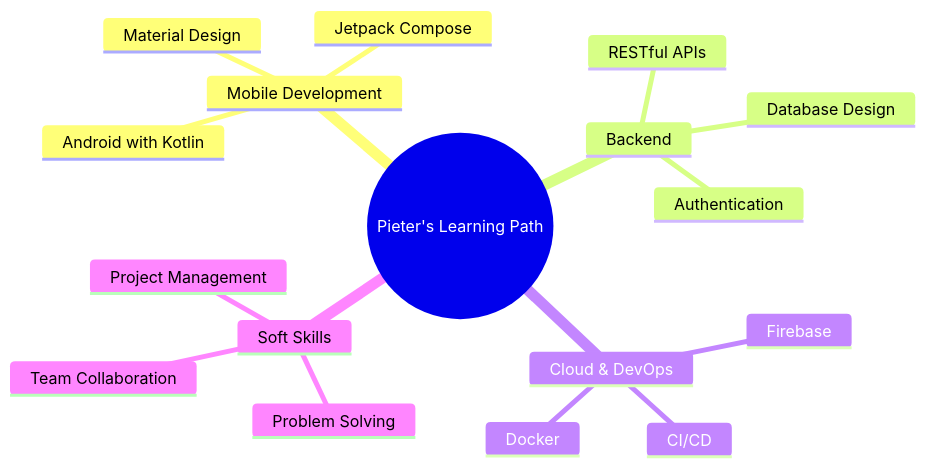
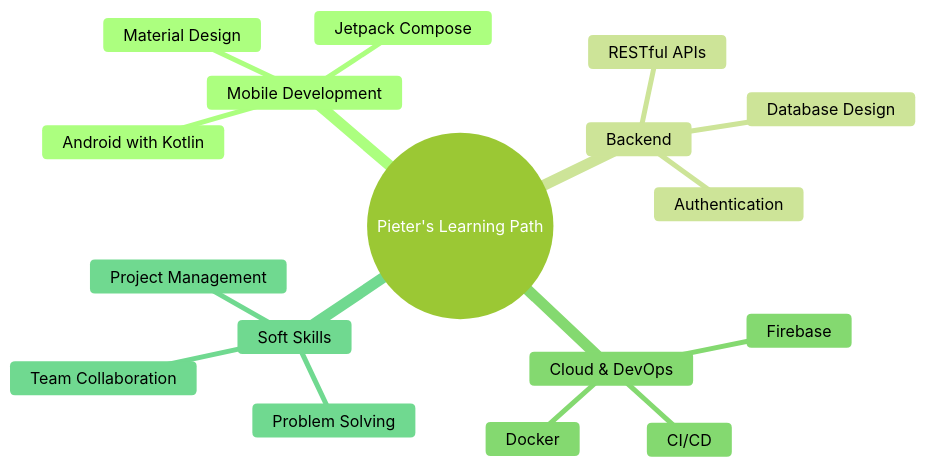
The diagram in README.md (PieByter/PieByter), drawn with Mermaid before and after one commit.

````diff
--- a/README.md
+++ b/README.md
@@ -157,20 +157,21 @@
 ```mermaid
+%%{init: {'theme': 'forest'}}%%
 mindmap
   root((Pieter's Learning Path))
     Mobile Development
       Android with Kotlin
       Jetpack Compose
       Material Design
     Backend
       RESTful APIs
       Database Design
       Authentication
     Cloud & DevOps
       Firebase
       Docker
       CI/CD
     Soft Skills
       Problem Solving
       Team Collaboration
       Project Management
 ```
````
